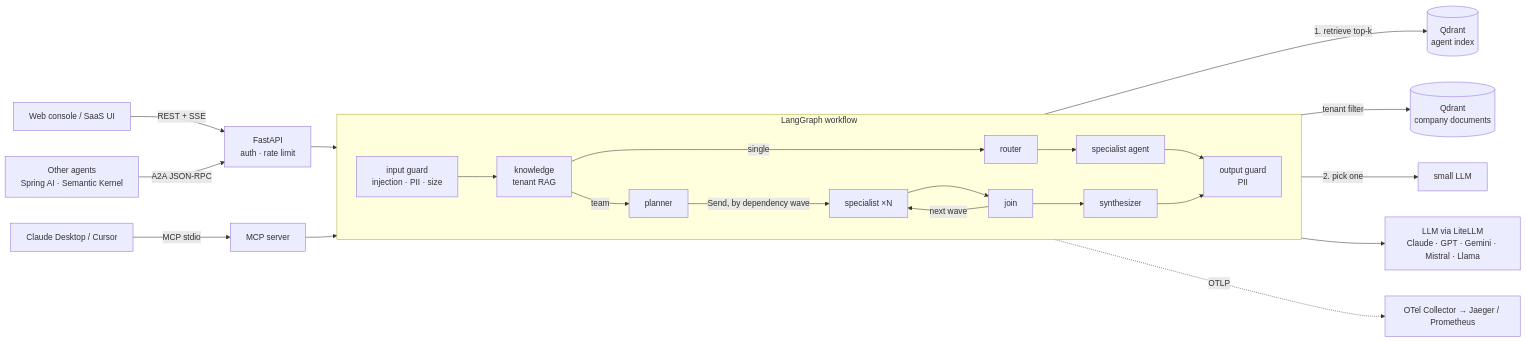
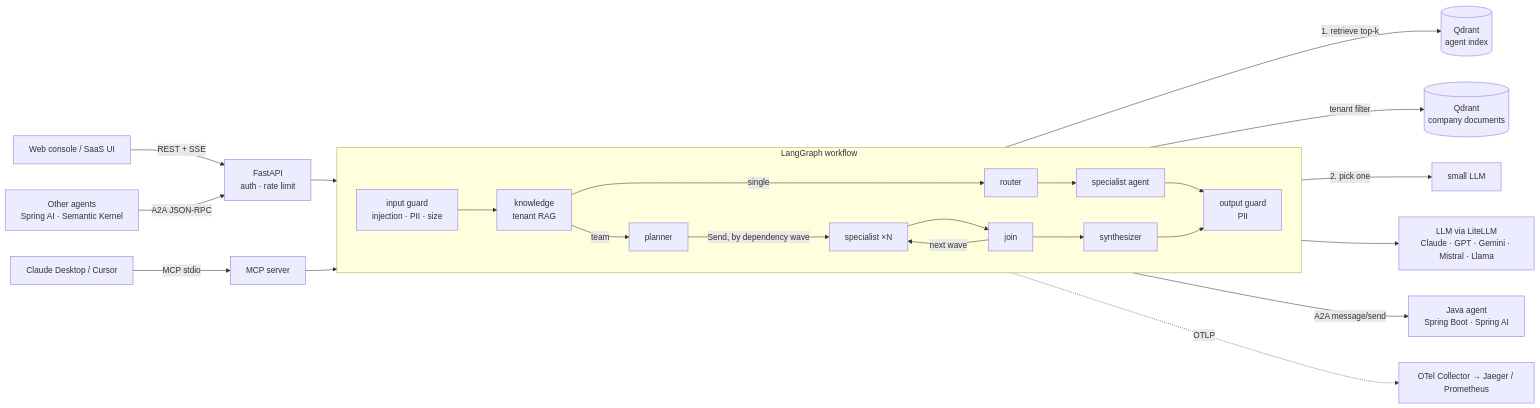
The diagram in README.md (tatymarisol44-cmyk/Tatos), drawn with Mermaid before and after one commit. The commit also changed other lines of this file and 41 other files, not shown here.

````diff
--- a/README.md
+++ b/README.md
@@ -7,24 +7,25 @@
 ```mermaid
 flowchart LR
     C[Web console / SaaS UI] -->|REST + SSE| API
     X[Other agents<br/>Spring AI · Semantic Kernel] -->|A2A JSON-RPC| API
     M[Claude Desktop / Cursor] -->|MCP stdio| MCP[MCP server]
     subgraph Orchestrator [LangGraph workflow]
       direction LR
       G1[input guard<br/>injection · PII · size] --> K[knowledge<br/>tenant RAG]
       K -->|single| R[router]
       R --> S[specialist agent]
       S --> G2[output guard<br/>PII]
       K -->|team| P[planner]
       P -->|Send, by dependency wave| W[specialist ×N]
       W --> J[join] -->|next wave| W
       J --> Y[synthesizer] --> G2
     end
     API[FastAPI<br/>auth · rate limit] --> G1
     MCP --> G1
     R -->|1. retrieve top-k| V[(Qdrant<br/>agent index)]
     K -->|tenant filter| D[(Qdrant<br/>company documents)]
     R -->|2. pick one| L1[small LLM]
     S --> L2[LLM via LiteLLM<br/>Claude · GPT · Gemini · Mistral · Llama]
+    S -->|A2A message/send| JA[Java agent<br/>Spring Boot · Spring AI]
     Orchestrator -.OTLP.-> O[OTel Collector → Jaeger / Prometheus]
 ```
````
